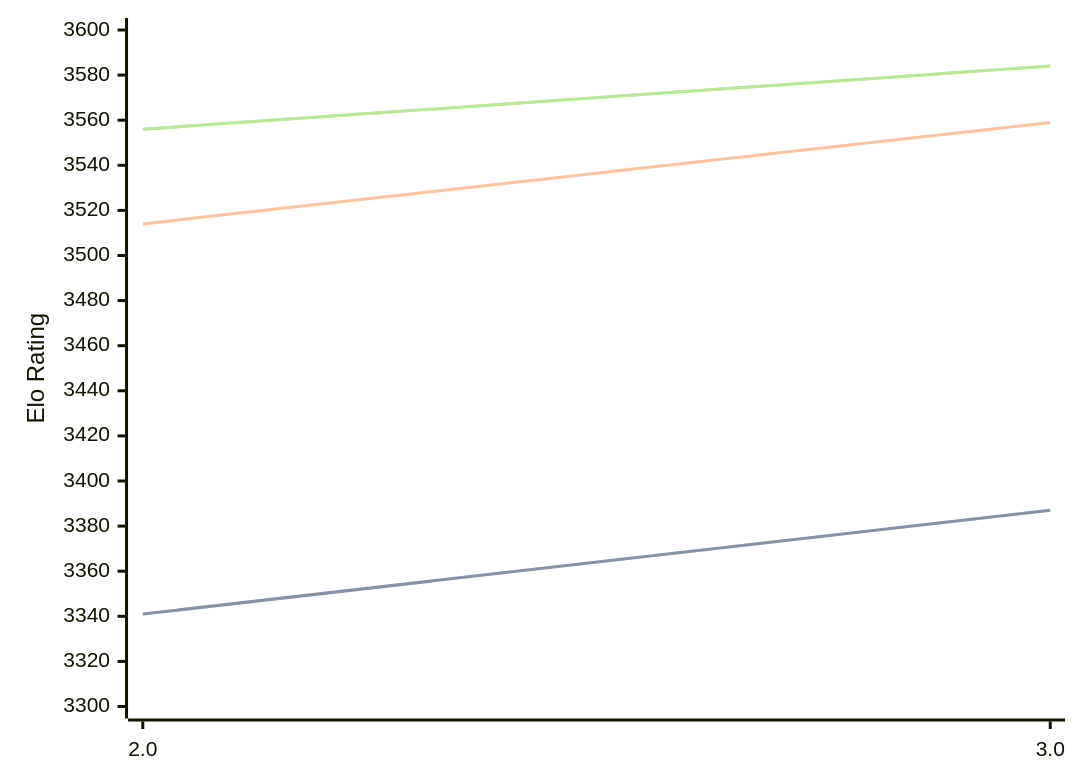
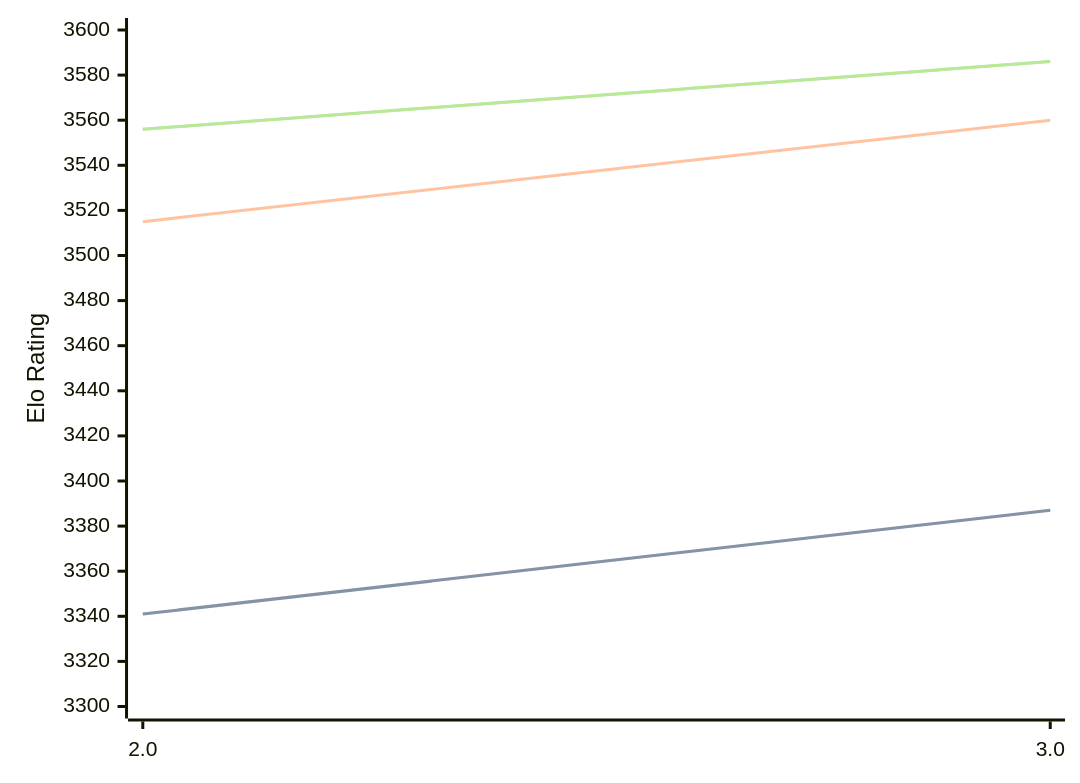
One commit to computer-chess-index/cci changed the diagram in engines/Quanticade.md. Above: the diagram before and after it, drawn with Mermaid. The commit also changed other lines of this file, not shown here.

Commit message:
Update CCI Ratings (ELO VLTC) - 2026-05-03

````diff
--- a/engines/Quanticade.md
+++ b/engines/Quanticade.md
@@ -41,11 +41,11 @@
 ```mermaid
 %%{init: {"theme":"base","themeVariables":{"seriesColors:['#a3a3a3','#222221','#faa371']}}}%%
 xychart-beta
   x-axis ["2.0", "3.0"]
   y-axis "Elo Rating" 3300 --> 3600
   line "STC (8.0+0.08s)" [3341, 3387]
   line "STC (8.0+0.08s)" [3341, 3387]
-  line "LTC (60.0+0.60s)" [3514, 3559]
-  line "VLTC (2m24s+1.12s)" [3556, 3584]
-  line "VLTC (2m24s+1.12s)" [3556, 3584]
+  line "LTC (60.0+0.60s)" [3515, 3560]
+  line "VLTC (2m24s+1.12s)" [3556, 3586]
+  line "VLTC (2m24s+1.12s)" [3556, 3586]
 ```
````
